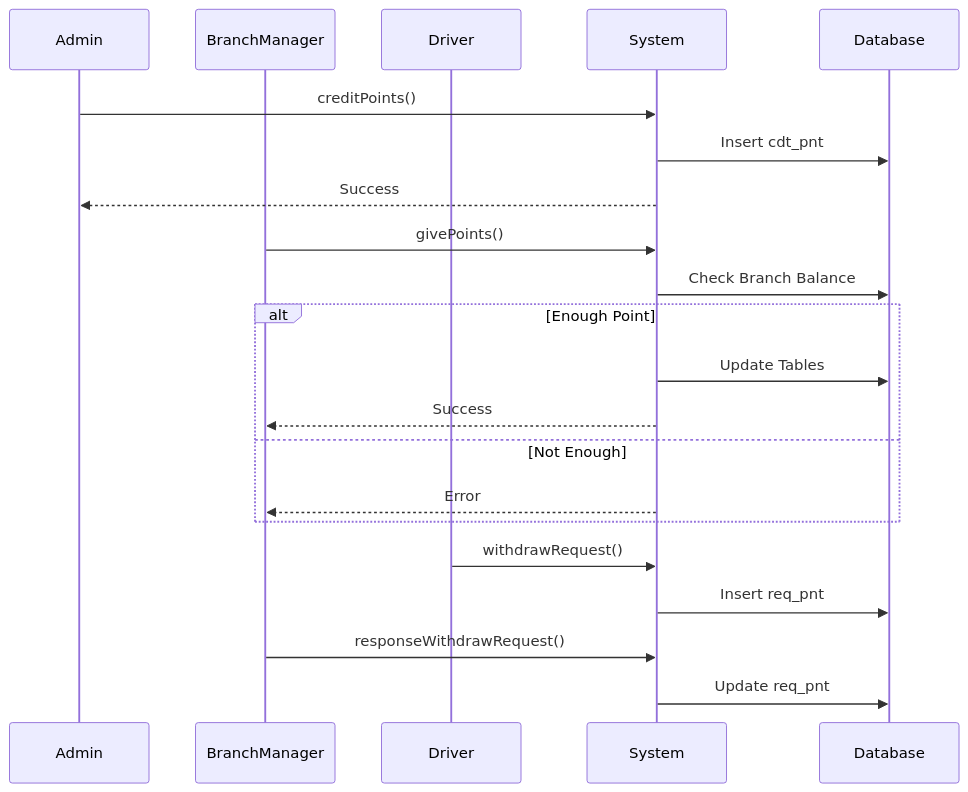
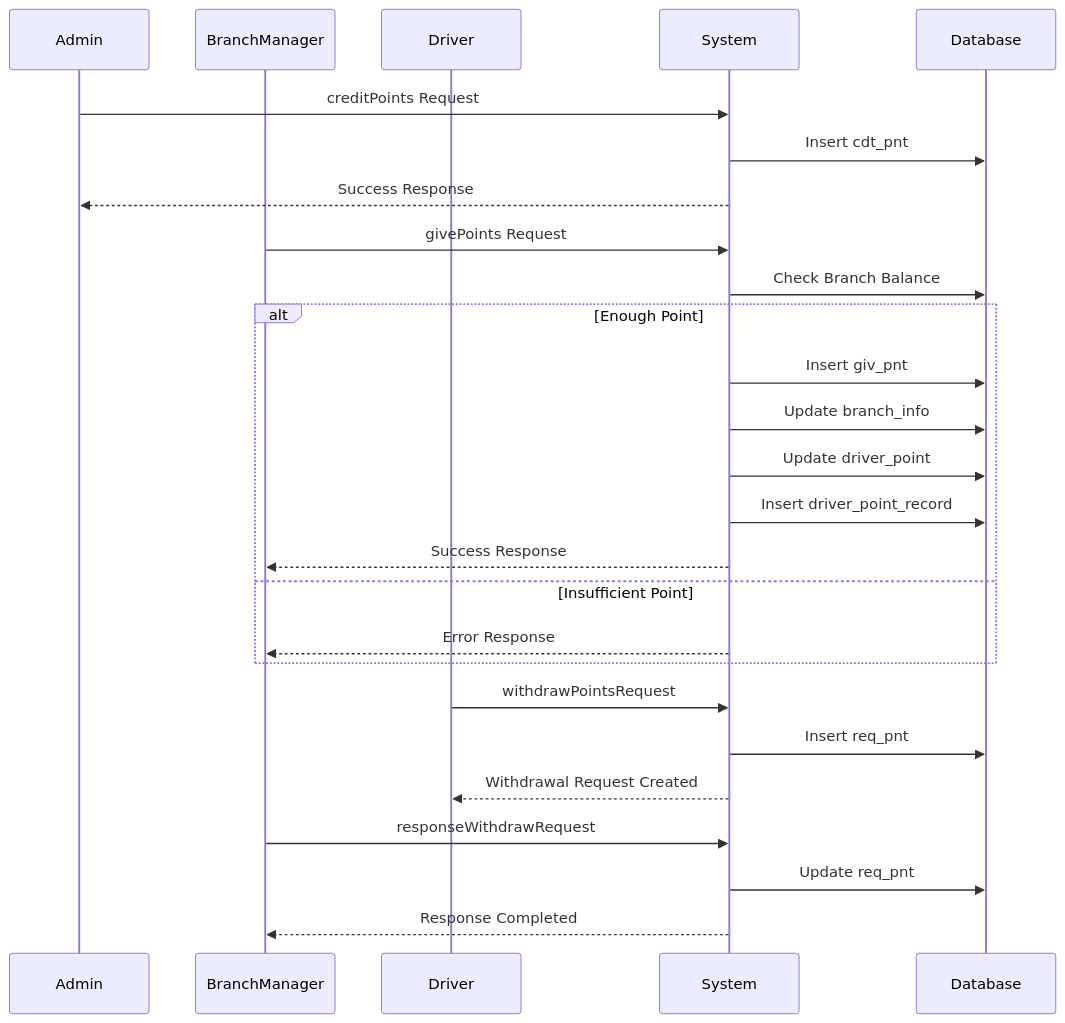
The sixth of 6 diagrams in Point_Flow.md (KSW-IT/point-flow-documentation), drawn with Mermaid before and after one commit. The commit also changed other lines of this file, not shown here.

````diff
--- a/Point_Flow.md
+++ b/Point_Flow.md
@@ -191,32 +339,49 @@
 ```mermaid
 sequenceDiagram
 
     participant Admin
     participant BranchManager
     participant Driver
     participant System
     participant Database
 
-    Admin->>System: creditPoints()
+    Admin->>System: creditPoints Request
+
     System->>Database: Insert cdt_pnt
-    System-->>Admin: Success
 
-    BranchManager->>System: givePoints()
+    System-->>Admin: Success Response
+
+    BranchManager->>System: givePoints Request
 
     System->>Database: Check Branch Balance
 
     alt Enough Point
-        System->>Database: Update Tables
-        System-->>BranchManager: Success
-    else Not Enough
-        System-->>BranchManager: Error
+
+        System->>Database: Insert giv_pnt
+
+        System->>Database: Update branch_info
+
+        System->>Database: Update driver_point
+
+        System->>Database: Insert driver_point_record
+
+        System-->>BranchManager: Success Response
+
+    else Insufficient Point
+
+        System-->>BranchManager: Error Response
+
     end
 
-    Driver->>System: withdrawRequest()
+    Driver->>System: withdrawPointsRequest
 
     System->>Database: Insert req_pnt
 
-    BranchManager->>System: responseWithdrawRequest()
+    System-->>Driver: Withdrawal Request Created
+
+    BranchManager->>System: responseWithdrawRequest
 
     System->>Database: Update req_pnt
+
+    System-->>BranchManager: Response Completed
 ```
````
